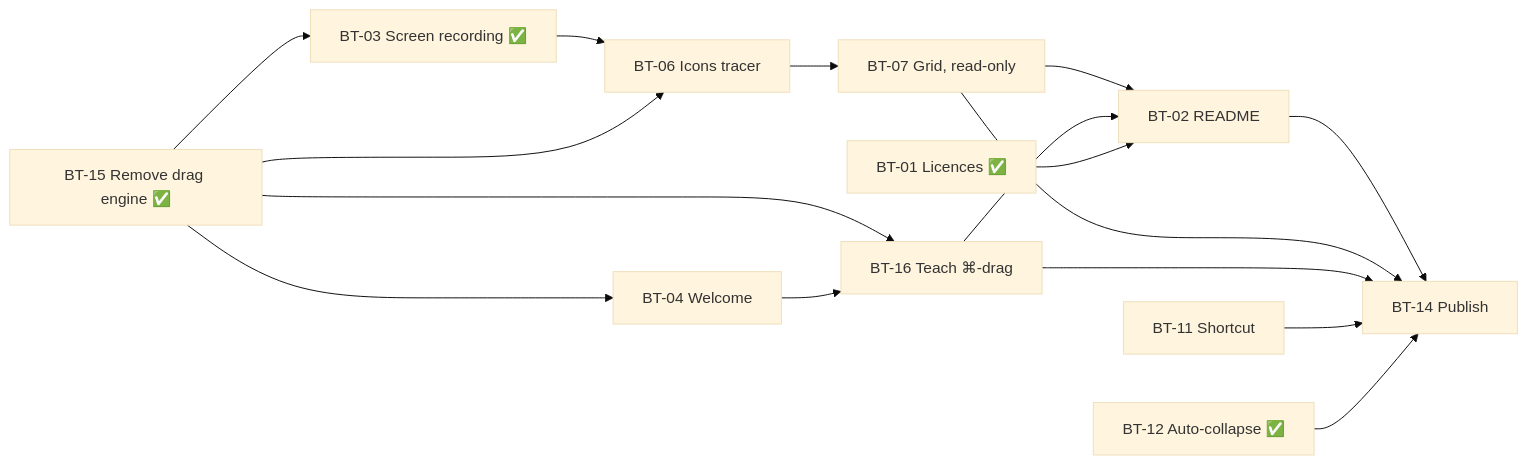
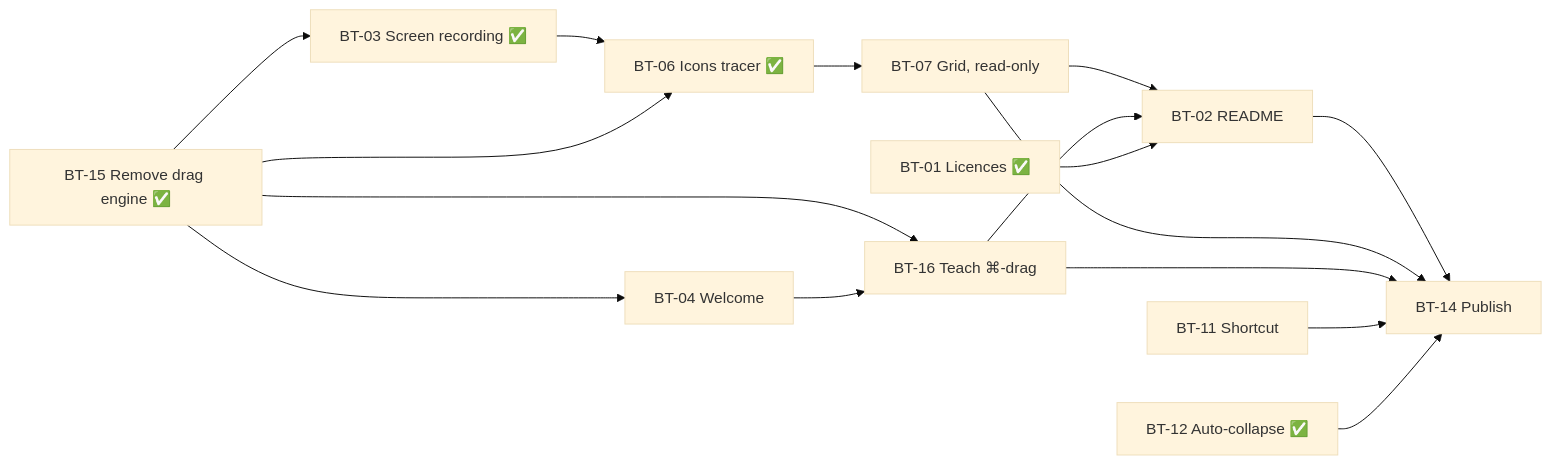
One commit to Kodak2383/BarT changed the diagram in docs/BOARD.md. Above: the diagram before and after it, drawn with Mermaid (base theme). The commit also changed other lines of this file and 4 other files, not shown here.

````diff
--- a/docs/BOARD.md
+++ b/docs/BOARD.md
@@ -50,19 +50,19 @@
 ```mermaid
 graph LR
   BT15[BT-15 Remove drag engine ✅] --> BT03[BT-03 Screen recording ✅]
   BT15 --> BT04[BT-04 Welcome]
   BT15 --> BT16[BT-16 Teach ⌘-drag]
   BT04 --> BT16
-  BT03 --> BT06[BT-06 Icons tracer]
+  BT03 --> BT06[BT-06 Icons tracer ✅]
   BT15 --> BT06
   BT06 --> BT07[BT-07 Grid, read-only]
   BT07 --> BT02[BT-02 README]
   BT16 --> BT02
   BT11[BT-11 Shortcut]
   BT01[BT-01 Licences ✅] --> BT02
   BT02 --> BT14[BT-14 Publish]
   BT07 --> BT14
   BT16 --> BT14
   BT11 --> BT14
   BT12[BT-12 Auto-collapse ✅] --> BT14
 ```
````
